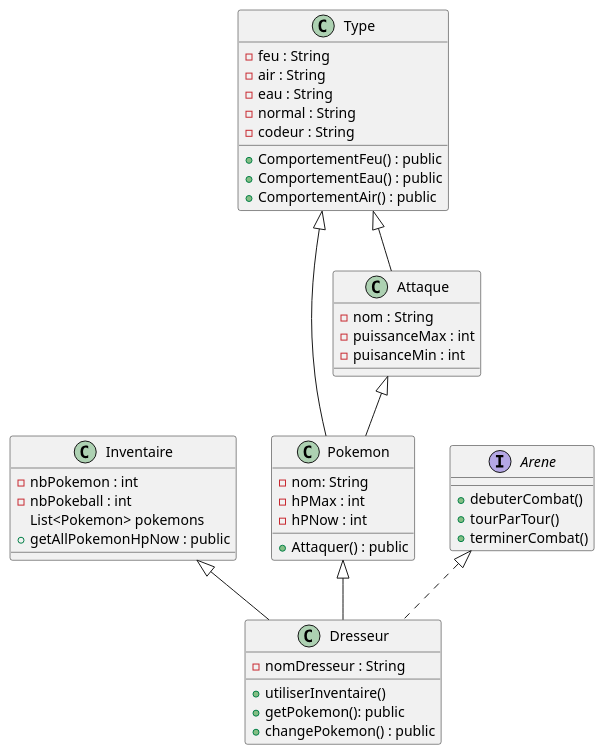
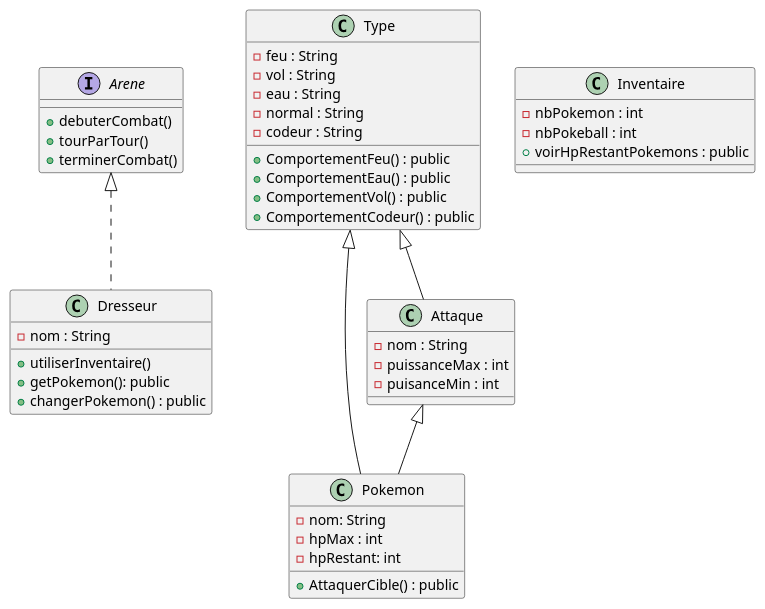
Before and after one commit to ELMcode/PokemonJava: the diagram in README.md, drawn with PlantUML.

Commit message:
docs(README): Update UML Diagram in README.md

````diff
--- a/README.md
+++ b/README.md
@@ -15,53 +15,52 @@
 ```plantuml
 @startuml
 
-Class Dresseur extends Inventaire, Pokemon implements Arene{
-- nomDresseur : String
+Class Dresseur implements Arene{
+- nom : String
 + utiliserInventaire()
 + getPokemon(): public
-+ changePokemon() : public
++ changerPokemon() : public
 }
 
 Class Pokemon extends Type, Attaque {
 - nom: String
-- hPMax : int
-- hPNow : int
-+ Attaquer() : public
+- hpMax : int
+- hpRestant: int
++ AttaquerCible() : public
 }
 
 Class Type {
 - feu : String
-- air : String
+- vol : String
 - eau : String
 - normal : String
 - codeur : String
 + ComportementFeu() : public
 + ComportementEau() : public
-+ ComportementAir() : public
++ ComportementVol() : public
++ ComportementCodeur() : public
 }
 
 Class Attaque extends Type {
 - nom : String
 - puissanceMax : int
 - puisanceMin : int
 
 }
 
 Interface Arene{
 + debuterCombat()
 + tourParTour()
 + terminerCombat() 
 }
 
 
 
 Class Inventaire {
 - nbPokemon : int
 - nbPokeball : int
-List<Pokemon> pokemons
-+ getAllPokemonHpNow : public
++ voirHpRestantPokemons : public
 }
-
 
 @enduml
 ```
````
